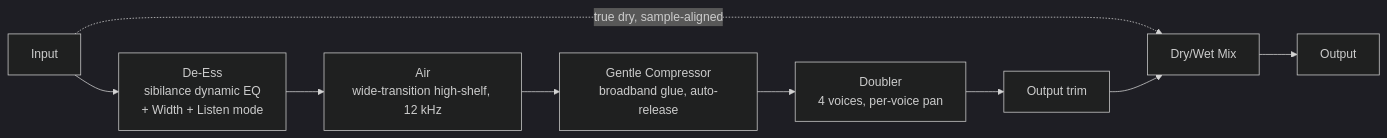
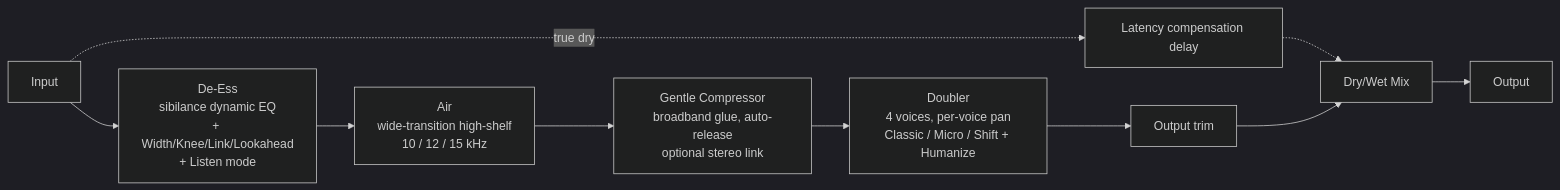
The diagram in docs/architecture.md (basilica-audio/Seraph), drawn with Mermaid (dark theme) before and after one commit. The commit also changed other lines of this file and 48 other files, not shown here.

````diff
--- a/docs/architecture.md
+++ b/docs/architecture.md
@@ -5,11 +5,12 @@
 ```mermaid
 flowchart LR
-    IN[Input] --> DEESS[De-Ess<br/>sibilance dynamic EQ<br/>+ Width + Listen mode]
-    DEESS --> AIR[Air<br/>wide-transition high-shelf, 12 kHz]
-    AIR --> COMP[Gentle Compressor<br/>broadband glue, auto-release]
-    COMP --> DOUBLE[Doubler<br/>4 voices, per-voice pan]
+    IN[Input] --> DEESS[De-Ess<br/>sibilance dynamic EQ<br/>+ Width/Knee/Link/Lookahead<br/>+ Listen mode]
+    DEESS --> AIR[Air<br/>wide-transition high-shelf<br/>10 / 12 / 15 kHz]
+    AIR --> COMP[Gentle Compressor<br/>broadband glue, auto-release<br/>optional stereo link]
+    COMP --> DOUBLE[Doubler<br/>4 voices, per-voice pan<br/>Classic / Micro / Shift + Humanize]
     DOUBLE --> OUT_GAIN[Output trim]
-    IN -.->|true dry, sample-aligned| MIX[Dry/Wet Mix]
+    IN -.->|true dry| COMPDLY[Latency compensation delay]
+    COMPDLY -.-> MIX[Dry/Wet Mix]
     OUT_GAIN --> MIX
     MIX --> OUT[Output]
 ```
````
